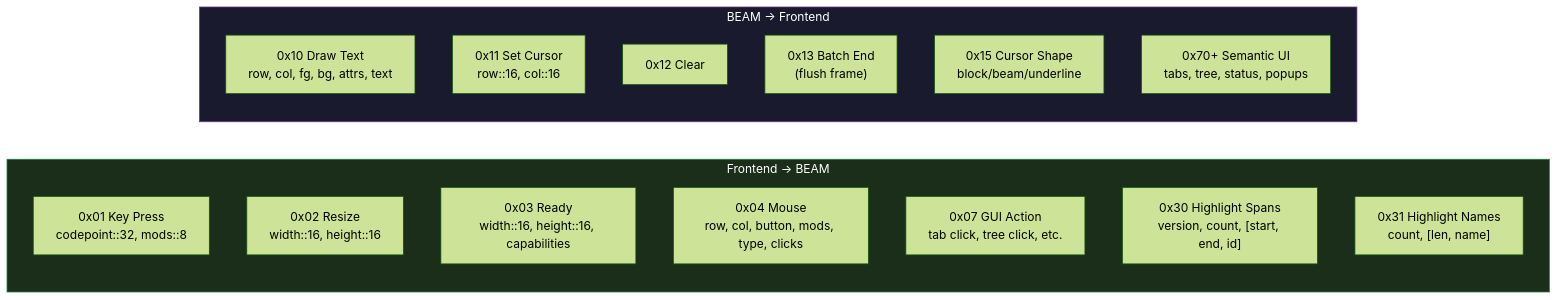
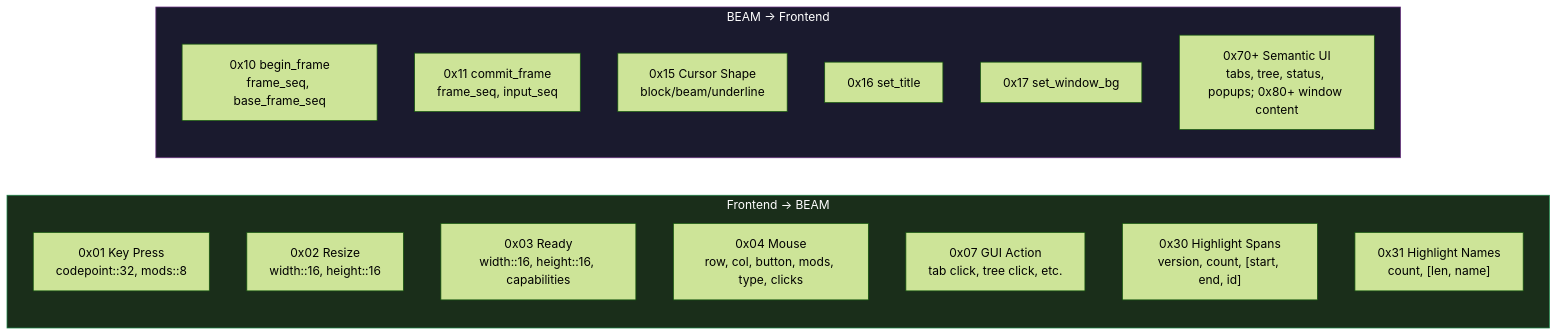
One commit to jsmestad/minga changed the seventh of 10 diagrams in docs/ARCHITECTURE.md. Above: the diagram before and after it, drawn with Mermaid (forest theme). The commit also changed other lines of this file and 1 other file, not shown here.

First line of the commit message:
docs: ARCHITECTURE.md matches the shipped rendering and latency reality

````diff
--- a/docs/ARCHITECTURE.md
+++ b/docs/ARCHITECTURE.md
@@ -321,24 +321,24 @@
 ```mermaid
 graph LR
     subgraph FrontendToBEAM["Frontend → BEAM"]
         K["0x01 Key Press<br/>codepoint::32, mods::8"]
         R["0x02 Resize<br/>width::16, height::16"]
         RDY["0x03 Ready<br/>width::16, height::16, capabilities"]
         M["0x04 Mouse<br/>row, col, button, mods, type, clicks"]
         GA["0x07 GUI Action<br/>tab click, tree click, etc."]
         HS["0x30 Highlight Spans<br/>version, count, [start, end, id]"]
         HN["0x31 Highlight Names<br/>count, [len, name]"]
     end
 
     subgraph BEAMToFrontend["BEAM → Frontend"]
-        DT["0x10 Draw Text<br/>row, col, fg, bg, attrs, text"]
-        SC["0x11 Set Cursor<br/>row::16, col::16"]
-        CL["0x12 Clear"]
-        BE["0x13 Batch End<br/>(flush frame)"]
+        BF["0x10 begin_frame<br/>frame_seq, base_frame_seq"]
+        CF["0x11 commit_frame<br/>frame_seq, input_seq"]
         CS["0x15 Cursor Shape<br/>block/beam/underline"]
-        GUI["0x70+ Semantic UI<br/>tabs, tree, status, popups"]
+        TI["0x16 set_title"]
+        WB["0x17 set_window_bg"]
+        GUI["0x70+ Semantic UI<br/>tabs, tree, status, popups; 0x80+ window content"]
     end
 
     style FrontendToBEAM fill:#1a2e1a,stroke:#1e8449,color:#fff
     style BEAMToFrontend fill:#1a1a2e,stroke:#6c3483,color:#fff
 ```
````
